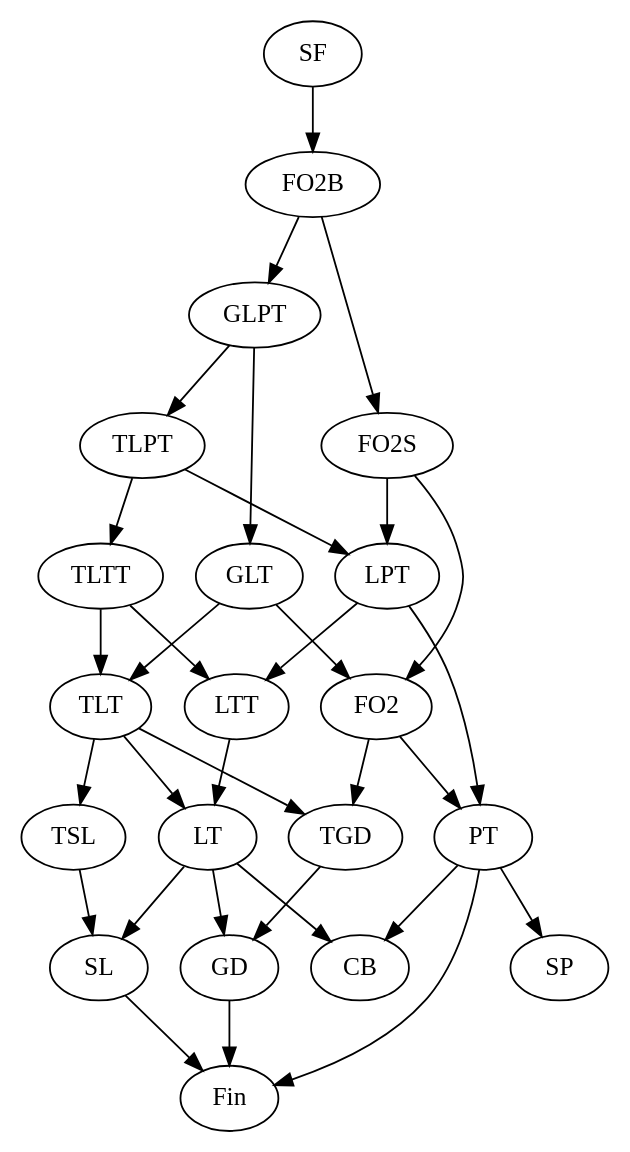
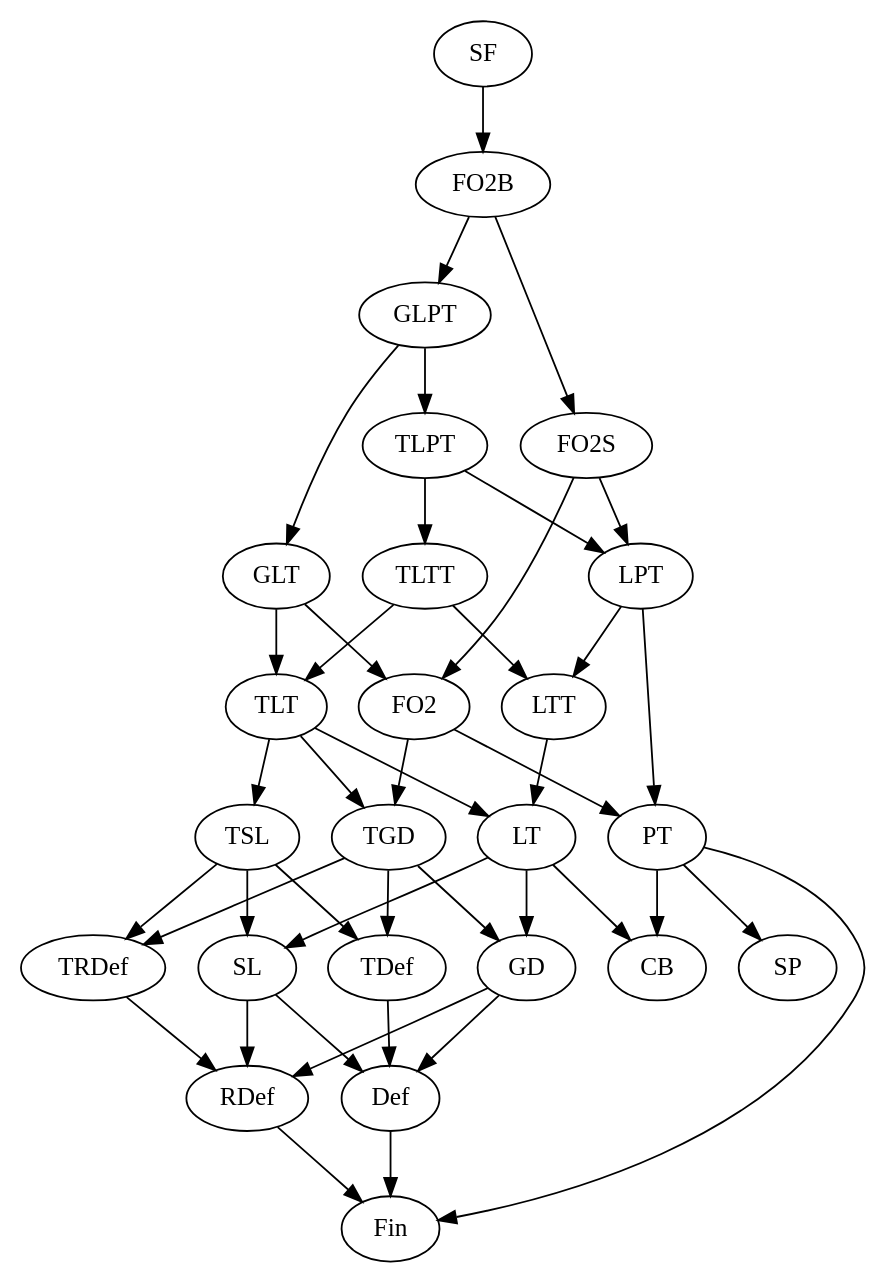
One commit to vvulpes0/Language-Toolkit-2 changed the diagram in hierarchy.dot. Above: the diagram before and after it, drawn with Graphviz. The commit also changed 5 other files, not shown here.

```diff
--- a/hierarchy.dot
+++ b/hierarchy.dot
@@ -1,33 +1,44 @@
 digraph subreg {
 SF -> FO2B;
 FO2B -> FO2S;
 FO2S -> FO2;
 FO2 -> PT;
 PT -> SP;
 LTT -> LT;
 LT -> SL;
 TLTT -> LTT;
 TLTT -> TLT;
 TLT -> LT;
 TLT -> TSL;
 TSL -> SL;
 FO2B -> GLPT;
 GLPT -> GLT;
 GLT -> TLT;
 GLT -> FO2;
 FO2S -> LPT;
 LPT -> LTT;
 LPT -> PT;
 GLPT -> TLPT;
 TLPT -> TLTT;
 TLPT -> LPT;
 TLT -> TGD;
 FO2 -> TGD;
 LT -> GD;
 TGD -> GD;
-SL -> Fin;
-GD -> Fin;
 PT -> CB;
 PT -> Fin;
 LT -> CB;
+
+TGD -> TDef;
+TGD -> TRDef;
+GD -> Def;
+GD -> RDef;
+SL -> Def;
+SL -> RDef;
+Def -> Fin;
+RDef -> Fin;
+TSL -> TDef;
+TSL -> TRDef;
+TDef -> Def;
+TRDef -> RDef;
 }
```
